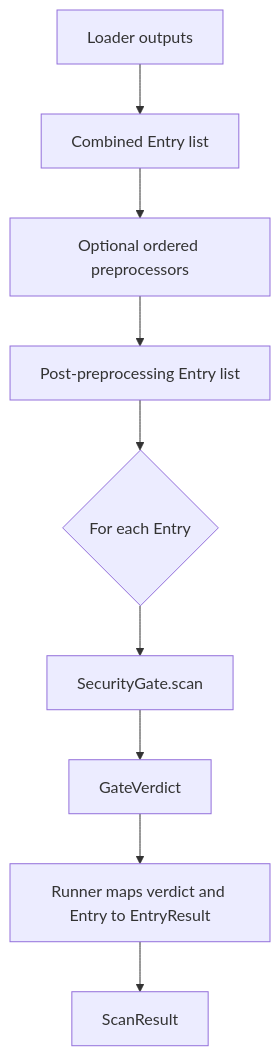
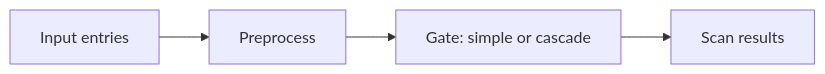
One commit to InditexTech/cerbia changed the diagram in docs/src/modules/main/pages/architecture.adoc. Above: the diagram before and after it, drawn with Mermaid. The commit also changed other lines of this file and 145 other files, not shown here.

```diff
--- a/docs/src/modules/main/pages/architecture.adoc
+++ b/docs/src/modules/main/pages/architecture.adoc
@@ -72,14 +16,9 @@
 [mermaid]
 ....
-flowchart TD
-accTitle: Entry lifecycle
-accDescr: Loader outputs are combined, passed through optional ordered preprocessors, and each resulting entry is scanned by SecurityGate. The runner maps each verdict and entry to an EntryResult and collects the results in a ScanResult.
-    A[Loader outputs] --> B[Combined Entry list]
-    B --> C[Optional ordered preprocessors]
-    C --> D[Post-preprocessing Entry list]
-    D --> E{For each Entry}
-    E --> F[SecurityGate.scan]
-    F --> G[GateVerdict]
-    G --> H[Runner maps verdict and Entry to EntryResult]
-    H --> I[ScanResult]
+flowchart LR
+accTitle: CerbIA pipeline
+accDescr: Loaders provide entries, preprocessors transform them, a simple or cascade gate evaluates each entry, and the runner collects the results.
+    A[Input entries] --> B[Preprocess]
+    B --> C[Gate: simple or cascade]
+    C --> D[Scan results]
 ....
```
